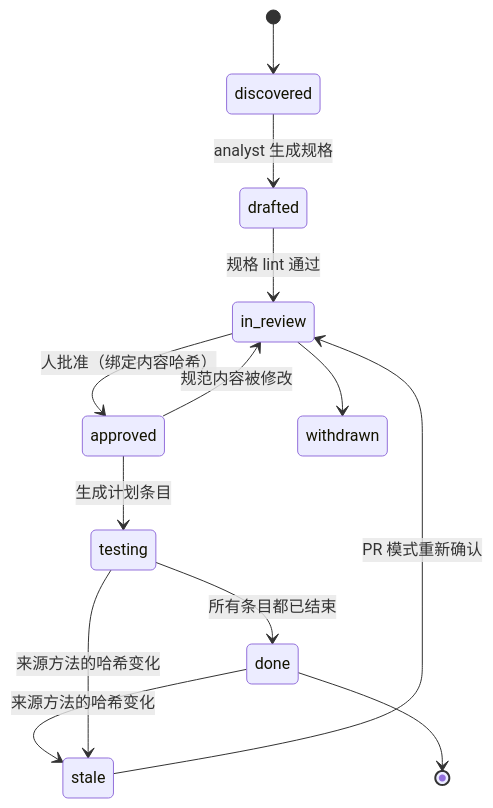
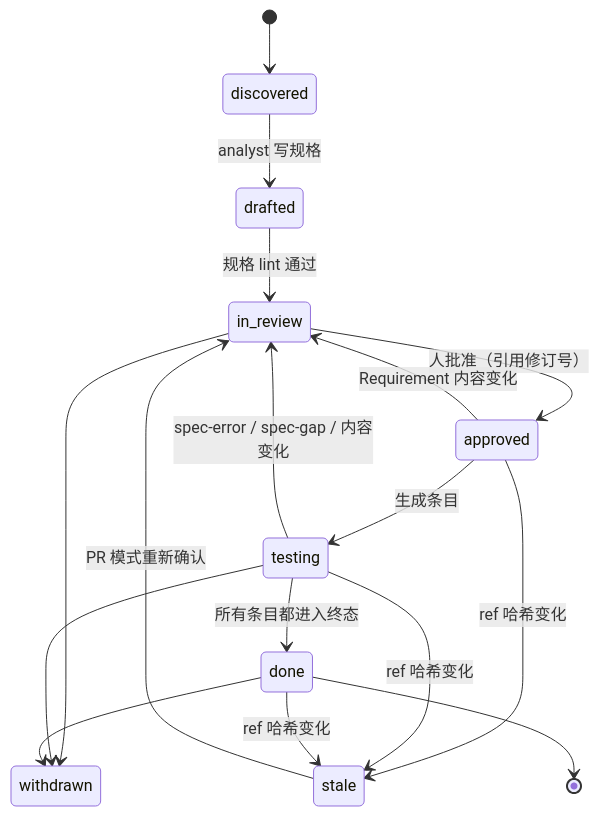
Before and after one commit to JojunY/generic-testing-agent: the diagram in plan.md, drawn with Mermaid. The commit also changed other lines of this file, not shown here.

First line of the commit message:
Revise plan.md to v6 after second review round

````diff
--- a/plan.md
+++ b/plan.md
@@ -557,15 +599,19 @@
 ```mermaid
 stateDiagram-v2
   [*] --> discovered
-  discovered --> drafted : analyst 生成规格
+  discovered --> drafted : analyst 写规格
   drafted --> in_review : 规格 lint 通过
-  in_review --> approved : 人批准（绑定内容哈希）
-  approved --> testing : 生成计划条目
-  testing --> done : 所有条目都已结束
-  approved --> in_review : 规范内容被修改
-  done --> stale : 来源方法的哈希变化
-  testing --> stale : 来源方法的哈希变化
+  in_review --> approved : 人批准（引用修订号）
+  approved --> testing : 生成条目
+  testing --> done : 所有条目都进入终态
+  approved --> in_review : Requirement 内容变化
+  testing --> in_review : spec-error / spec-gap / 内容变化
+  approved --> stale : ref 哈希变化
+  testing --> stale : ref 哈希变化
+  done --> stale : ref 哈希变化
   stale --> in_review : PR 模式重新确认
   in_review --> withdrawn
+  testing --> withdrawn
+  done --> withdrawn
   done --> [*]
 ```
````
